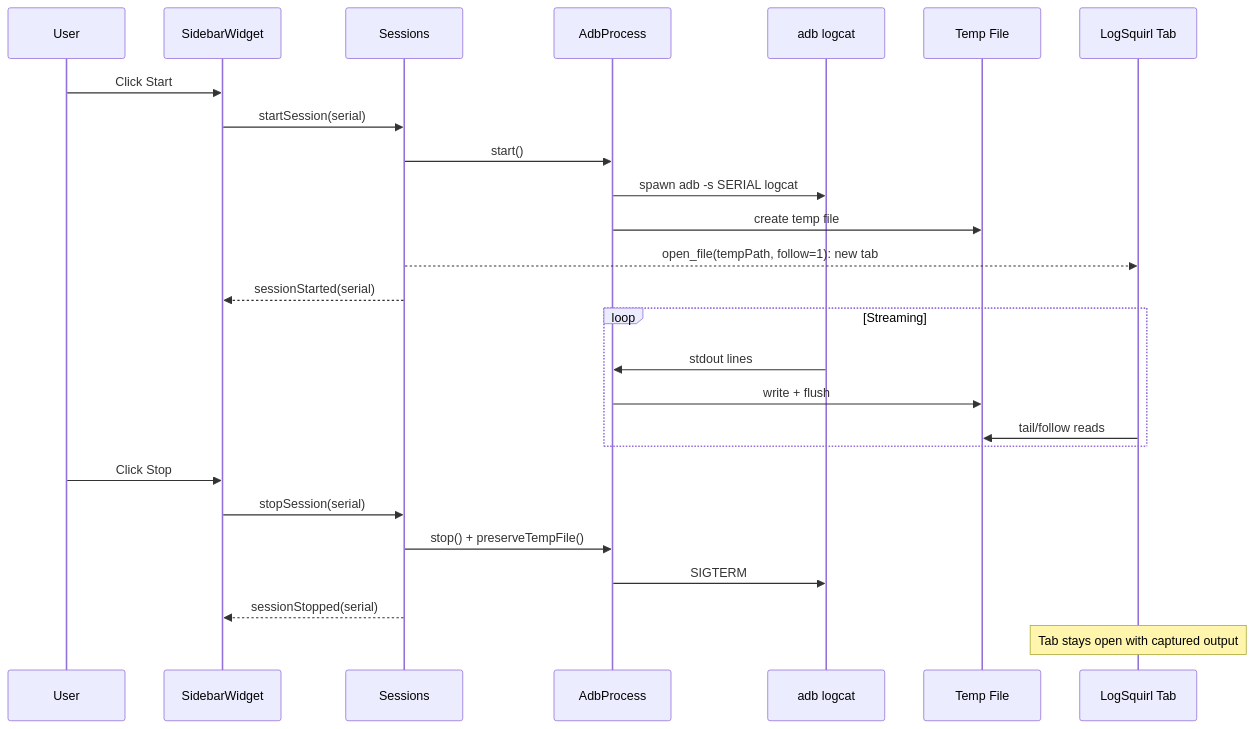
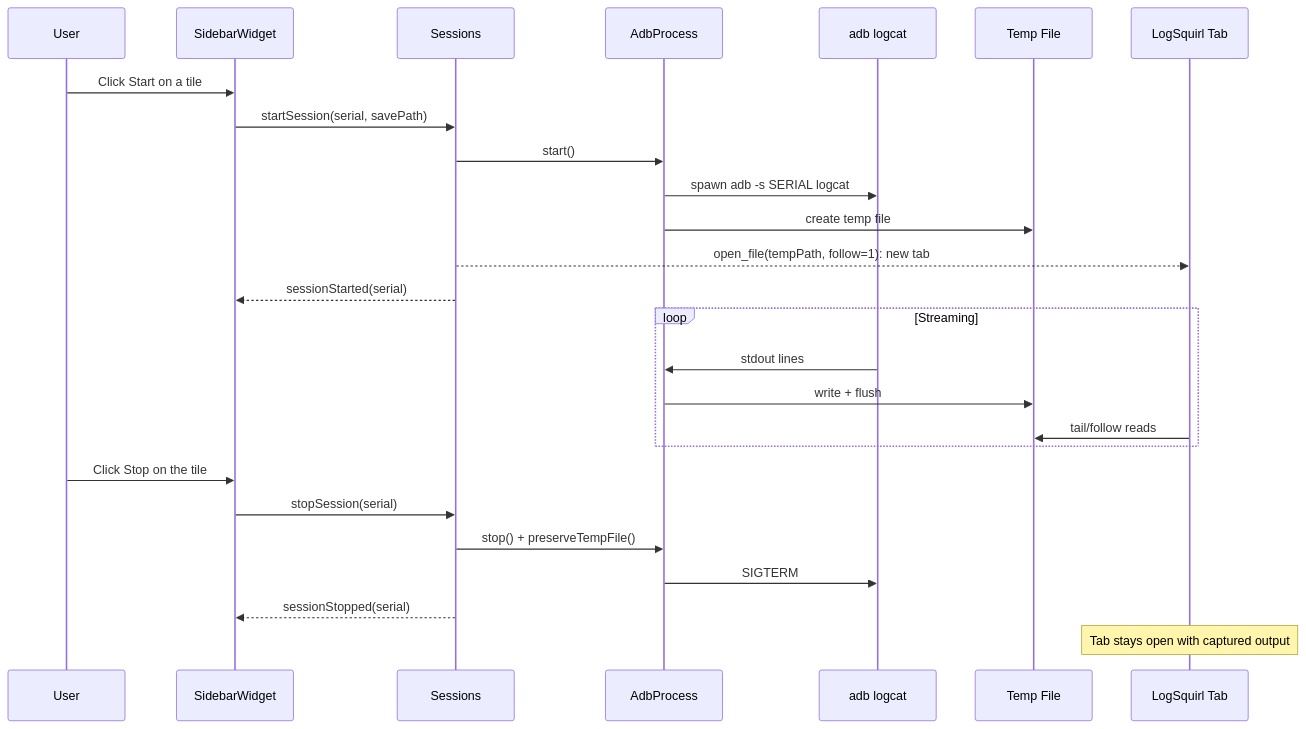
The second of 3 diagrams in README.md (64x-lunicorn/LogSquirl-Logcat), drawn with Mermaid before and after one commit. The commit also changed other lines of this file and 26 other files, not shown here.

````diff
--- a/README.md
+++ b/README.md
@@ -220,29 +257,29 @@
 ```mermaid
 sequenceDiagram
     participant User
     participant SW as SidebarWidget
     participant S as Sessions
     participant AP as AdbProcess
     participant ADB as adb logcat
     participant TF as Temp File
     participant LS as LogSquirl Tab
 
-    User->>SW: Click Start
-    SW->>S: startSession(serial)
+    User->>SW: Click Start on a tile
+    SW->>S: startSession(serial, savePath)
     S->>AP: start()
     AP->>ADB: spawn adb -s SERIAL logcat
     AP->>TF: create temp file
     S-->>LS: open_file(tempPath, follow=1): new tab
     S-->>SW: sessionStarted(serial)
     loop Streaming
         ADB->>AP: stdout lines
         AP->>TF: write + flush
         LS->>TF: tail/follow reads
     end
-    User->>SW: Click Stop
+    User->>SW: Click Stop on the tile
     SW->>S: stopSession(serial)
     S->>AP: stop() + preserveTempFile()
     AP->>ADB: SIGTERM
     S-->>SW: sessionStopped(serial)
     Note over LS: Tab stays open with captured output
 ```
````
